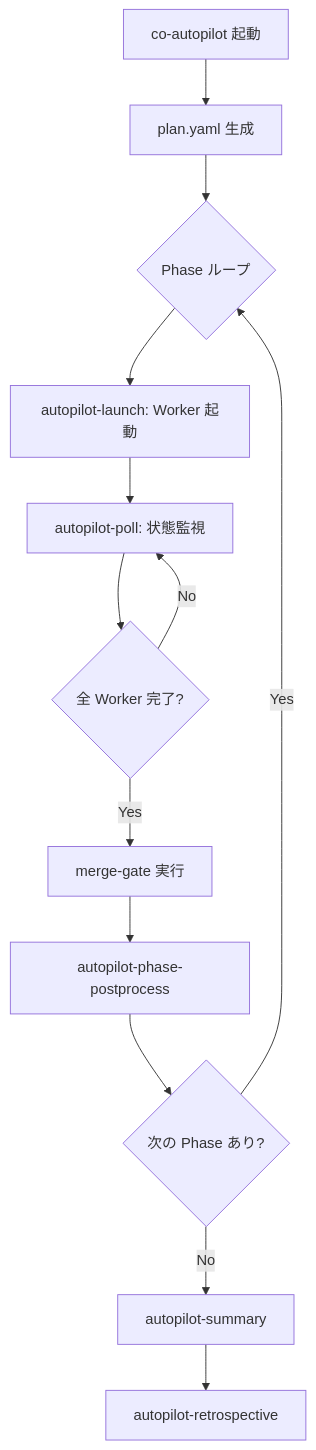
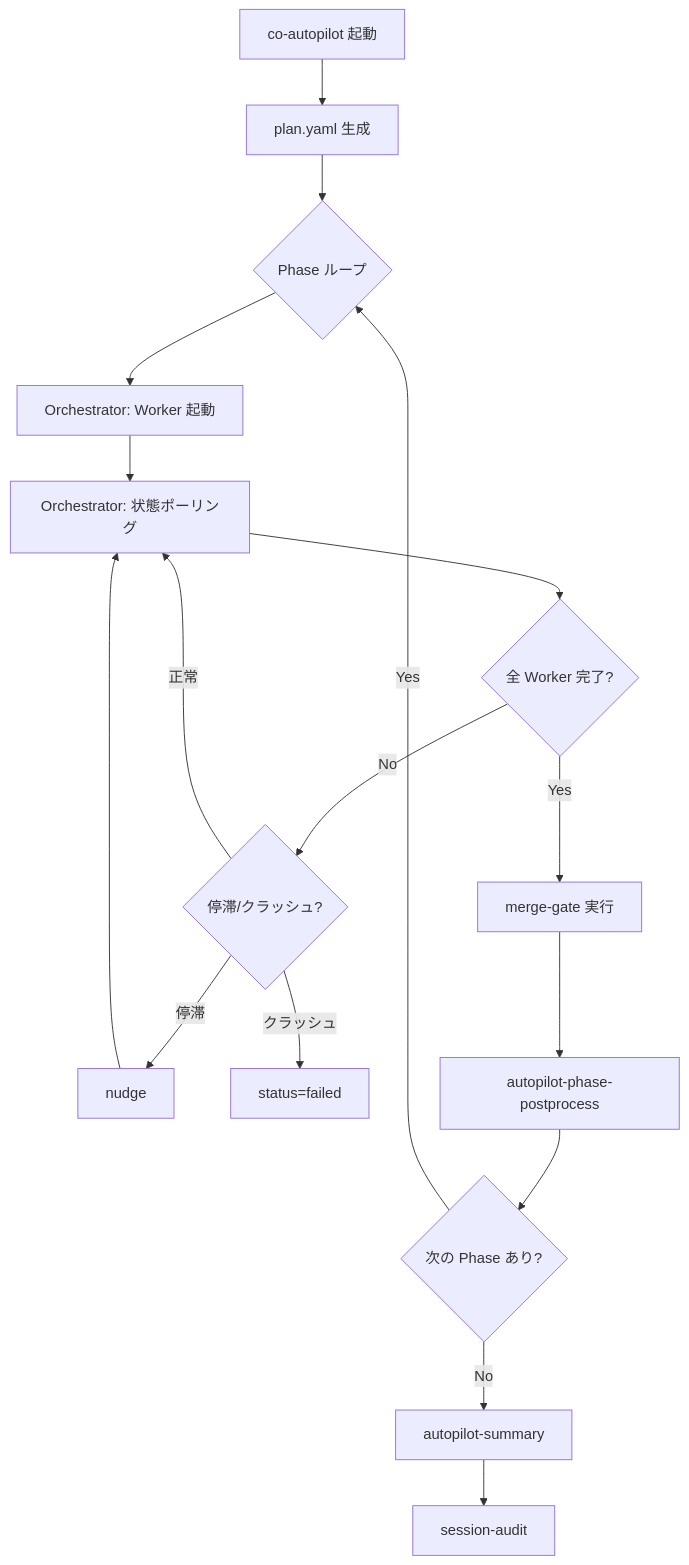
Before and after one commit to shuu5/twill: the first of 3 diagrams in plugins/dev/architecture/domain/contexts/autopilot.md, drawn with Mermaid. The commit also changed other lines of this file and 109 other files, not shown here.

First line of the commit message:
refactor(architecture): 全面リフレッシュ - living document化

````diff
--- a/plugins/dev/architecture/domain/contexts/autopilot.md
+++ b/plugins/dev/architecture/domain/contexts/autopilot.md
@@ -65,15 +69,19 @@
 ```mermaid
 flowchart TD
     A[co-autopilot 起動] --> B[plan.yaml 生成]
     B --> C{Phase ループ}
-    C --> D[autopilot-launch: Worker 起動]
-    D --> E[autopilot-poll: 状態監視]
+    C --> D["Orchestrator: Worker 起動"]
+    D --> E["Orchestrator: 状態ポーリング"]
     E --> F{全 Worker 完了?}
-    F -- No --> E
-    F -- Yes --> G[merge-gate 実行]
-    G --> H[autopilot-phase-postprocess]
-    H --> I{次の Phase あり?}
-    I -- Yes --> C
-    I -- No --> J[autopilot-summary]
-    J --> K[autopilot-retrospective]
+    F -- No --> G{停滞/クラッシュ?}
+    G -- 停滞 --> H[nudge]
+    G -- クラッシュ --> I[status=failed]
+    G -- 正常 --> E
+    H --> E
+    F -- Yes --> J[merge-gate 実行]
+    J --> K[autopilot-phase-postprocess]
+    K --> L{次の Phase あり?}
+    L -- Yes --> C
+    L -- No --> M[autopilot-summary]
+    M --> N[session-audit]
 ```
````
